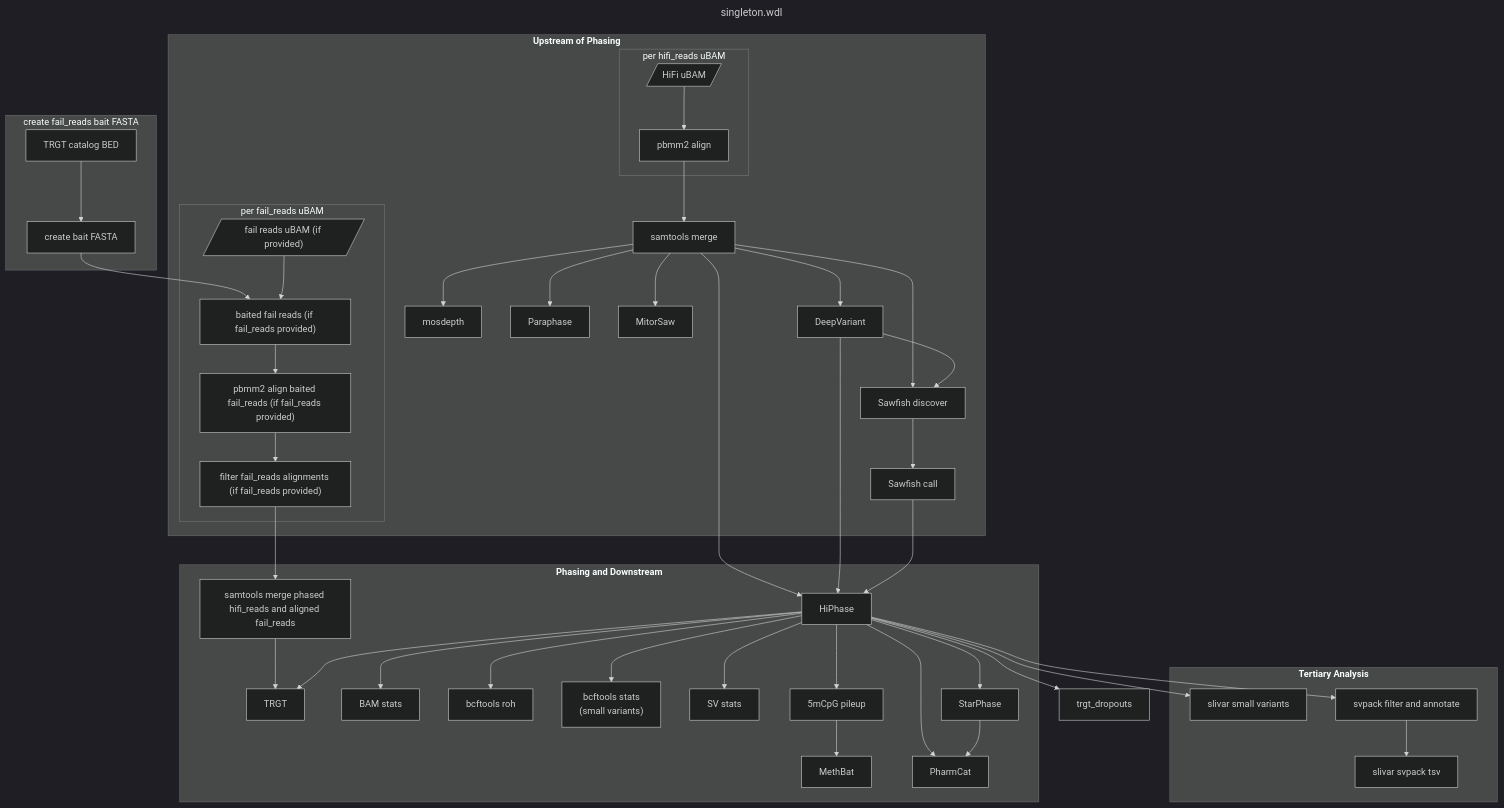
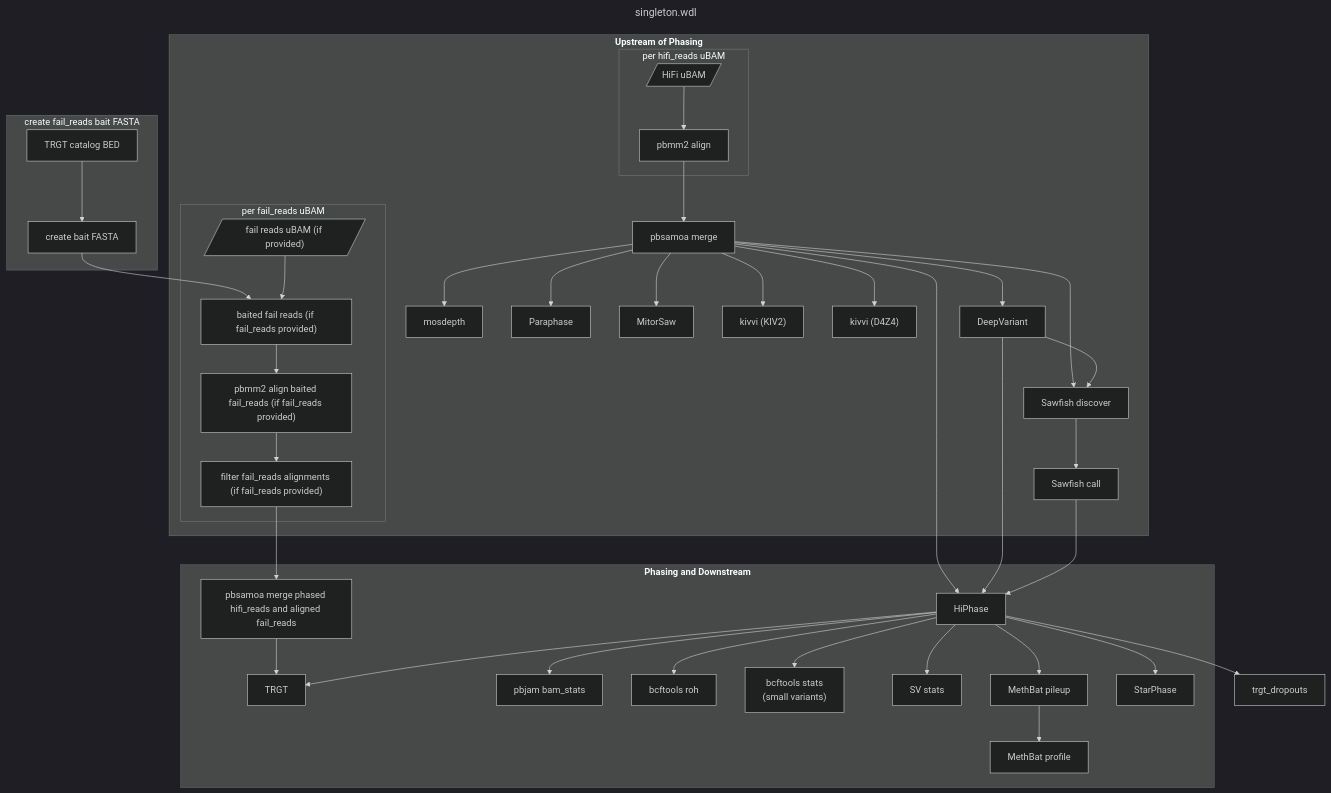
Before and after one commit to PacificBiosciences/HiFi-human-WGS-WDL: the diagram in docs/singleton.md, drawn with Mermaid (dark theme). The commit also changed other lines of this file and 84 other files, not shown here.

````diff
--- a/docs/singleton.md
+++ b/docs/singleton.md
@@ -19,77 +19,68 @@
 ```mermaid
 ---
 title: singleton.wdl
 ---
 flowchart TD
   subgraph "create fail_reads bait FASTA"
     trgt_catalog["TRGT catalog BED"]
     bait_fasta["create bait FASTA"]
   end
   subgraph "`**Upstream of Phasing**`"
     subgraph "per hifi_reads uBAM"
       ubam[/"HiFi uBAM"/]
       pbmm2_align["pbmm2 align"]
     end
     subgraph "per fail_reads uBAM"
       fail_ubam[/"fail reads uBAM (if provided)"/]
       bait_fail_reads["baited fail reads (if fail_reads provided)"]
       pbmm2_align_fail_reads["pbmm2 align baited fail_reads (if fail_reads provided)"]
       filter_fail_reads["filter fail_reads alignments (if fail_reads provided)"]
     end
-    samtools_merge["samtools merge"]
+    pbsamoa_merge["pbsamoa merge"]
     mosdepth["mosdepth"]
     paraphase["Paraphase"]
     mitorsaw["MitorSaw"]
+    kivvi_kiv2["kivvi (KIV2)"]
+    kivvi_d4z4["kivvi (D4Z4)"]
     deepvariant["DeepVariant"]
     sawfish_discover["Sawfish discover"]
     sawfish_call["Sawfish call"]
   end
   subgraph "`**Phasing and Downstream**`"
     hiphase["HiPhase"]
-    samtools_merge_fail_reads["samtools merge phased hifi_reads and aligned fail_reads"]
+    pbsamoa_merge_fail_reads["pbsamoa merge phased hifi_reads and aligned fail_reads"]
     trgt["TRGT"]
-    bam_stats["BAM stats"]
+    pbjam["pbjam bam_stats"]
     bcftools_roh["bcftools roh"]
     bcftools_stats["bcftools stats\n(small variants)"]
     sv_stats["SV stats"]
-    cpg_pileup["5mCpG pileup"]
-    methbat["MethBat"]
+    methbat_pileup["MethBat pileup"]
+    methbat_profile["MethBat profile"]
     starphase["StarPhase"]
-    pharmcat["PharmCat"]
-  end
-  subgraph "`**Tertiary Analysis**`"
-    slivar_small_variants["slivar small variants"]
-    svpack["svpack filter and annotate"]
-    slivar_svpack["slivar svpack tsv"]
   end
 
   trgt_catalog --> bait_fasta --> bait_fail_reads
-  fail_ubam --> bait_fail_reads --> pbmm2_align_fail_reads --> filter_fail_reads --> samtools_merge_fail_reads
-  ubam --> pbmm2_align --> samtools_merge
-  samtools_merge --> mosdepth
-  samtools_merge --> paraphase
-  samtools_merge --> mitorsaw
-  samtools_merge_fail_reads --> trgt
-  samtools_merge --> deepvariant
-  samtools_merge --> sawfish_discover
-  samtools_merge --> hiphase
+  fail_ubam --> bait_fail_reads --> pbmm2_align_fail_reads --> filter_fail_reads --> pbsamoa_merge_fail_reads
+  ubam --> pbmm2_align --> pbsamoa_merge
+  pbsamoa_merge --> mosdepth
+  pbsamoa_merge --> paraphase
+  pbsamoa_merge --> mitorsaw
+  pbsamoa_merge --> kivvi_kiv2
+  pbsamoa_merge --> kivvi_d4z4
+  pbsamoa_merge_fail_reads --> trgt
+  pbsamoa_merge --> deepvariant
+  pbsamoa_merge --> sawfish_discover
+  pbsamoa_merge --> hiphase
   deepvariant --> sawfish_discover
   deepvariant --> hiphase
   sawfish_discover --> sawfish_call --> hiphase
 
   hiphase --> trgt
-  hiphase --> bam_stats
+  hiphase --> pbjam
   hiphase --> bcftools_roh
   hiphase --> bcftools_stats
   hiphase --> sv_stats
-  hiphase --> cpg_pileup
+  hiphase --> methbat_pileup --> methbat_profile
   hiphase --> starphase
-  hiphase --> pharmcat
   hiphase --> trgt_dropouts
-  starphase --> pharmcat
-  cpg_pileup --> methbat
-
-  hiphase --> slivar_small_variants
-  hiphase --> svpack
-  svpack --> slivar_svpack
 ```
````
